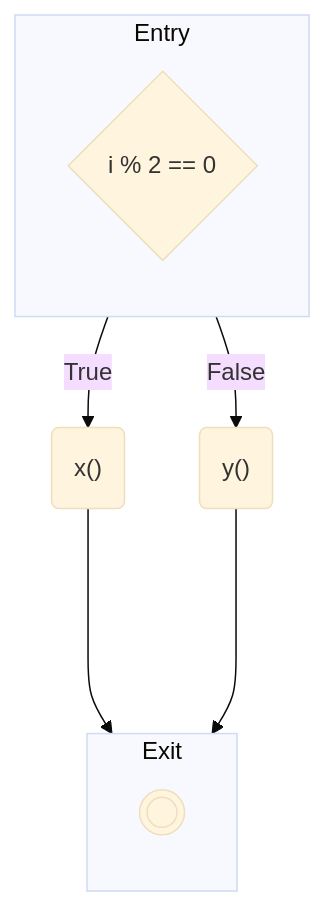
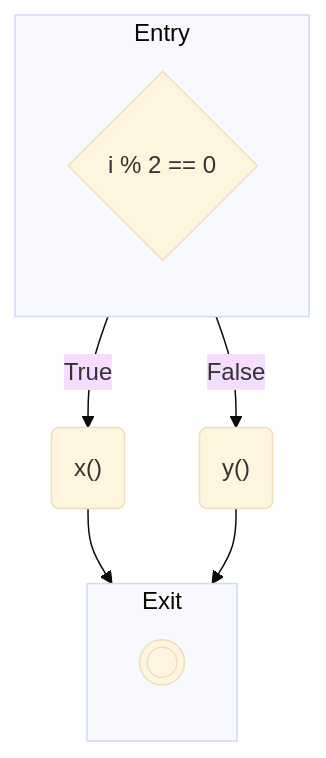
Diagram 15 of 18 in src/content/docs/developers/fast-cfg.mdx (moosetechnology/moosetechnology.github.io), drawn with Mermaid (base theme) before and after one commit. The commit also changed other lines of this file, not shown here.

Commit message:
Correction des flèches dans les diagrammes de flux pour une meilleure clarté

````diff
--- a/src/content/docs/developers/fast-cfg.mdx
+++ b/src/content/docs/developers/fast-cfg.mdx
@@ -853,21 +853,21 @@
 ```mermaid
 flowchart TD
 	subgraph Entry
 		direction TB
 		1
 	end
 
 	subgraph Exit
 		direction TB
 		4
 	end
 
 	1{"i % 2 == 0 "}
 	2("x() ")
 	3("y() ")
 	4(((" ")))
 	1 -- True --> 2
 	1 -- False --> 3
-	2 ----> 4
-	3 ----> 4
+	2 --> 4
+	3 --> 4
 ```
````
